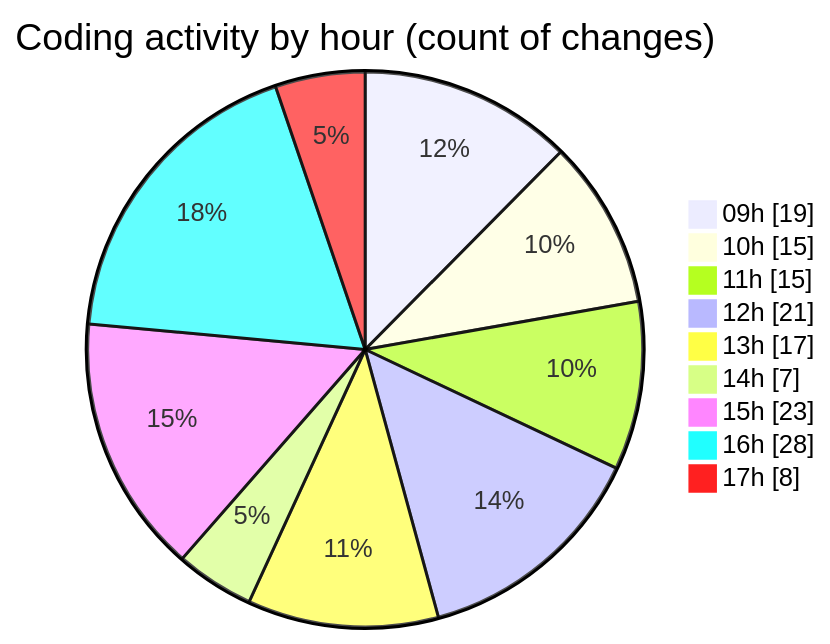
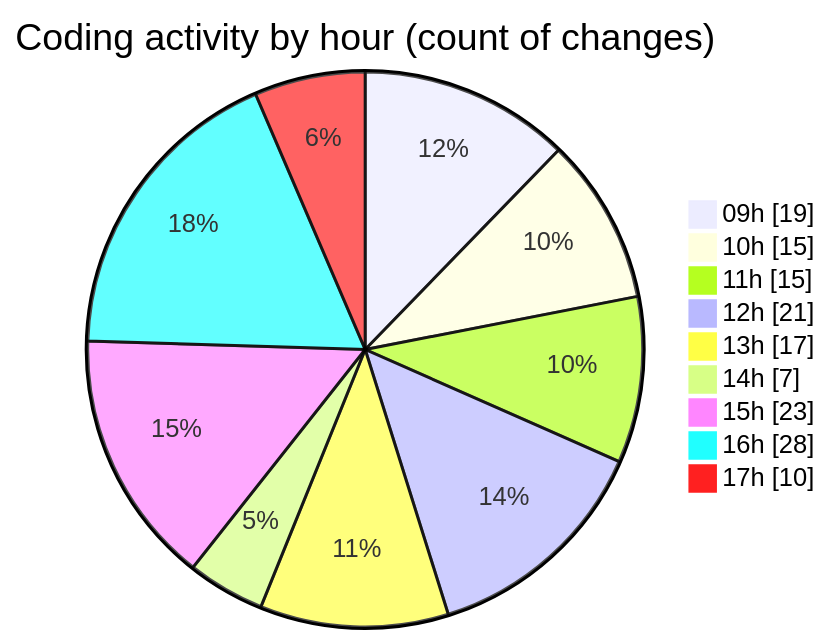
Before and after one commit to momahboobian/code-tracking: the second of 2 diagrams in 2025-09-05/cda/README.md, drawn with Mermaid. The commit also changed other lines of this file and 1 other file, not shown here.

````diff
--- a/2025-09-05/cda/README.md
+++ b/2025-09-05/cda/README.md
@@ -37,13 +37,13 @@
 ```mermaid
 pie showData
 title Coding activity by hour (count of changes)
 "09h" : 19
 "10h" : 15
 "11h" : 15
 "12h" : 21
 "13h" : 17
 "14h" : 7
 "15h" : 23
 "16h" : 28
-"17h" : 8
+"17h" : 10
 ```
````
